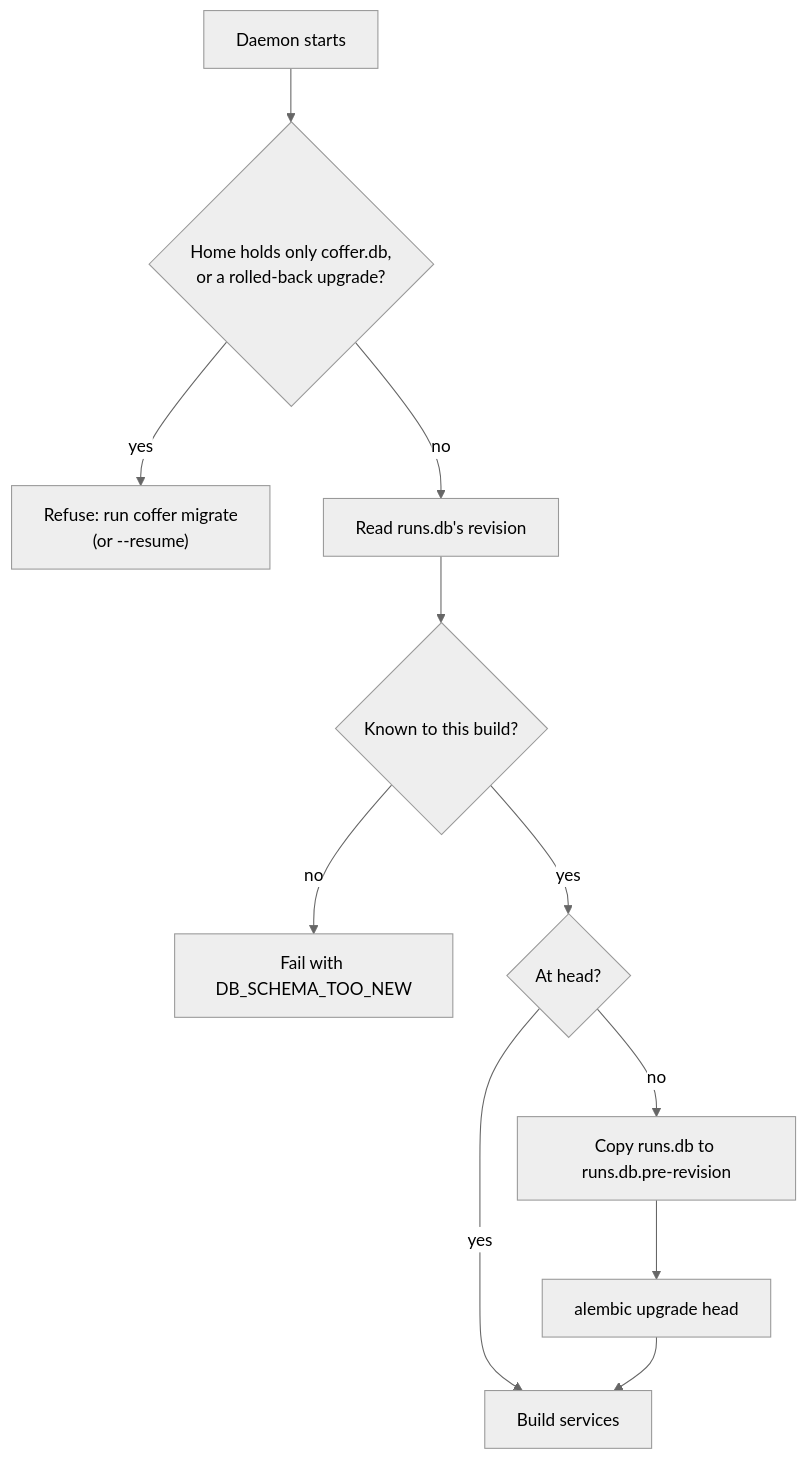
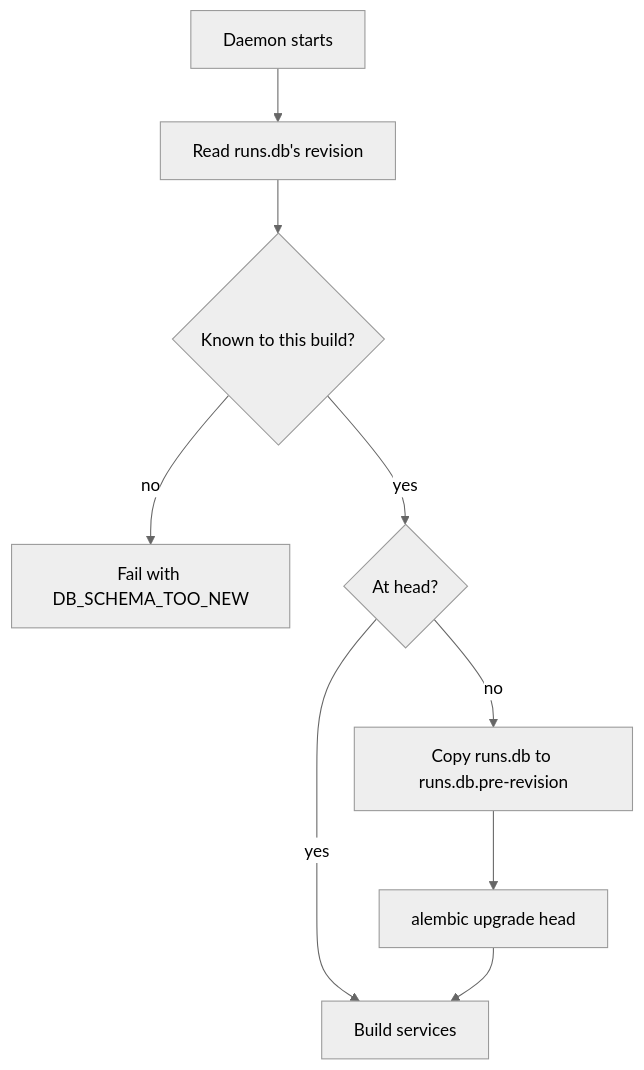
One commit to wyx-sg/Coffer changed the third of 3 diagrams in docs-site/architecture/persistence.md. Above: the diagram before and after it, drawn with Mermaid (neutral theme). The commit also changed other lines of this file and 341 other files, not shown here.

````diff
--- a/docs-site/architecture/persistence.md
+++ b/docs-site/architecture/persistence.md
@@ -203,13 +202,11 @@
 ```mermaid
 flowchart TB
-  A["Daemon starts"] --> H{"Home holds only coffer.db,<br/>or a rolled-back upgrade?"}
-  H -- yes --> Z["Refuse: run coffer migrate<br/>(or --resume)"]
-  H -- no --> B["Read runs.db's revision"]
+  A["Daemon starts"] --> B["Read runs.db's revision"]
   B --> C{"Known to this build?"}
   C -- no --> X["Fail with DB_SCHEMA_TOO_NEW"]
   C -- yes --> D{"At head?"}
   D -- yes --> G["Build services"]
   D -- no --> E["Copy runs.db to runs.db.pre-revision"]
   E --> F["alembic upgrade head"]
   F --> G
 ```
````
